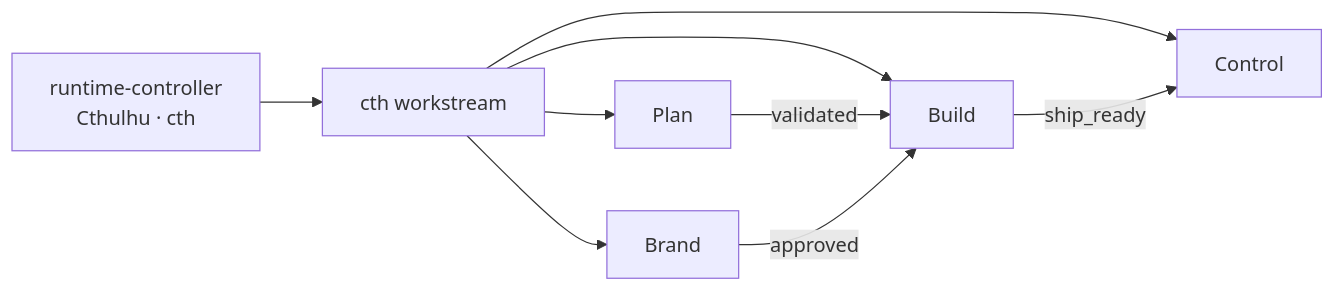
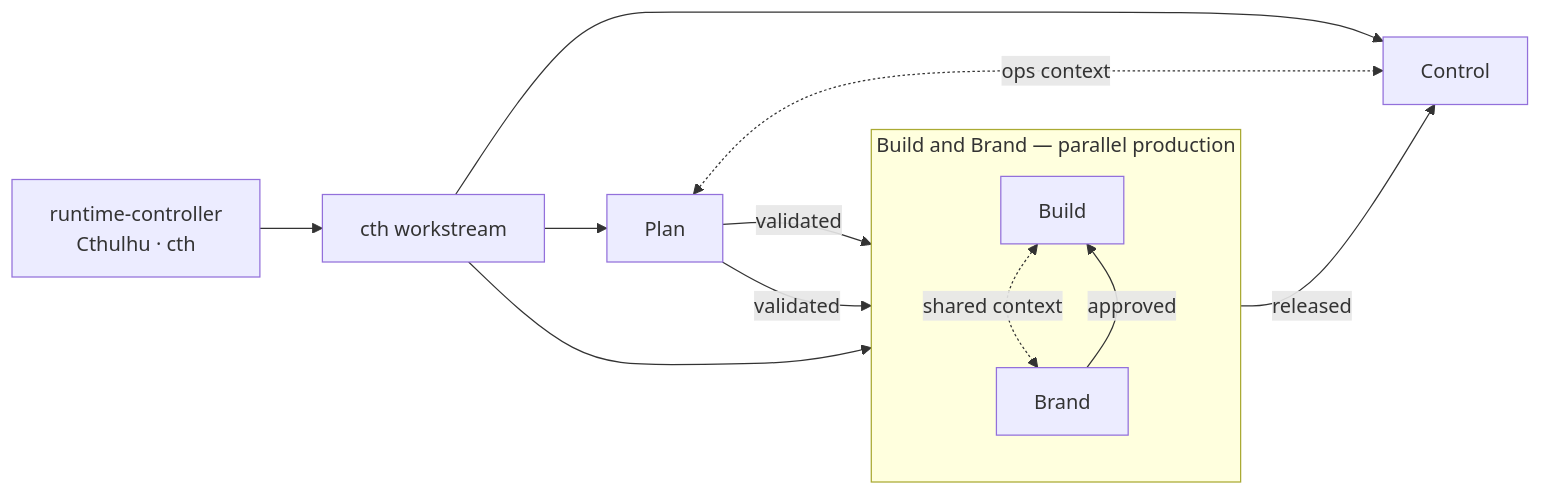
Before and after one commit to luckgrid/wfos: the first of 2 diagrams in docs/runtime-controller.md, drawn with Mermaid. The commit also changed other lines of this file and 1 other file, not shown here.

Commit message:
updates to wfos architecture diagrams

````diff
--- a/docs/runtime-controller.md
+++ b/docs/runtime-controller.md
@@ -74,11 +74,19 @@
 ```mermaid
 flowchart LR
   K["runtime-controller\nCthulhu · cth"] --> WF[cth workstream]
   WF --> PlanNs[Plan]
-  WF --> BrandNs[Brand]
-  WF --> BuildNs[Build]
-  WF --> ControlNs[Control]
+  subgraph Prod [Build and Brand — parallel production]
+    direction TB
+    BuildNs[Build]
+    BrandNs[Brand]
+    BuildNs <-.->|shared context| BrandNs
+    BrandNs -->|approved| BuildNs
+  end
+  ControlNs[Control]
+  WF --> Prod
+  WF --> ControlNs
   PlanNs -->|validated| BuildNs
-  BrandNs -->|approved| BuildNs
-  BuildNs -->|ship_ready| ControlNs
+  PlanNs -->|validated| BrandNs
+  BuildNs -->|released| ControlNs
+  PlanNs <-.->|ops context| ControlNs
 ```
````
